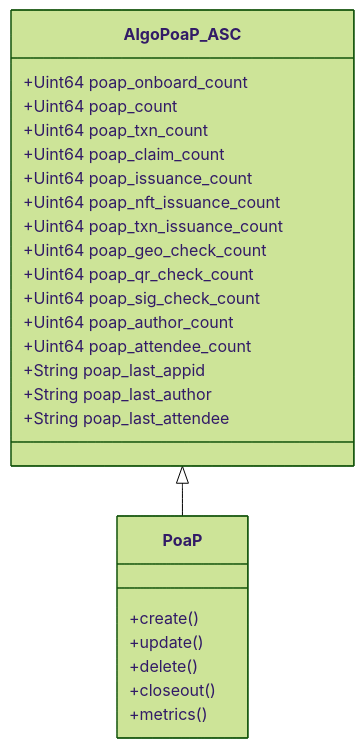
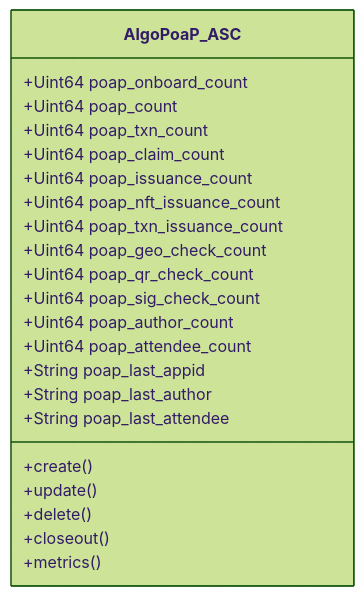
Before and after one commit to GoPlausible/.github: the eighth of 10 diagrams in profile/README.md, drawn with Mermaid (forest theme). The commit also changed other lines of this file, not shown here.

````diff
--- a/profile/README.md
+++ b/profile/README.md
@@ -265,30 +265,27 @@
 ```mermaid
   classDiagram
-    AlgoPoaP_ASC <|-- PoaP
+    class AlgoPoaP_ASC
     AlgoPoaP_ASC : +Uint64 poap_onboard_count
     AlgoPoaP_ASC : +Uint64 poap_count
     AlgoPoaP_ASC : +Uint64 poap_txn_count
     AlgoPoaP_ASC : +Uint64 poap_claim_count
     AlgoPoaP_ASC : +Uint64 poap_issuance_count
     AlgoPoaP_ASC : +Uint64 poap_nft_issuance_count
     AlgoPoaP_ASC : +Uint64 poap_txn_issuance_count
 
     AlgoPoaP_ASC : +Uint64 poap_geo_check_count
     AlgoPoaP_ASC : +Uint64 poap_qr_check_count
     AlgoPoaP_ASC : +Uint64 poap_sig_check_count
 
     AlgoPoaP_ASC : +Uint64 poap_author_count
     AlgoPoaP_ASC : +Uint64 poap_attendee_count
     AlgoPoaP_ASC : +String poap_last_appid
     AlgoPoaP_ASC : +String poap_last_author
     AlgoPoaP_ASC : +String poap_last_attendee
-   
-    class PoaP {
-        +create()
-        +update()
-        +delete()
-        +closeout()
-        +metrics()
-    }
+    AlgoPoaP_ASC : +create()
+    AlgoPoaP_ASC : +update()
+    AlgoPoaP_ASC : +delete()
+    AlgoPoaP_ASC : +closeout()
+    AlgoPoaP_ASC : +metrics()
     
 ```
````
